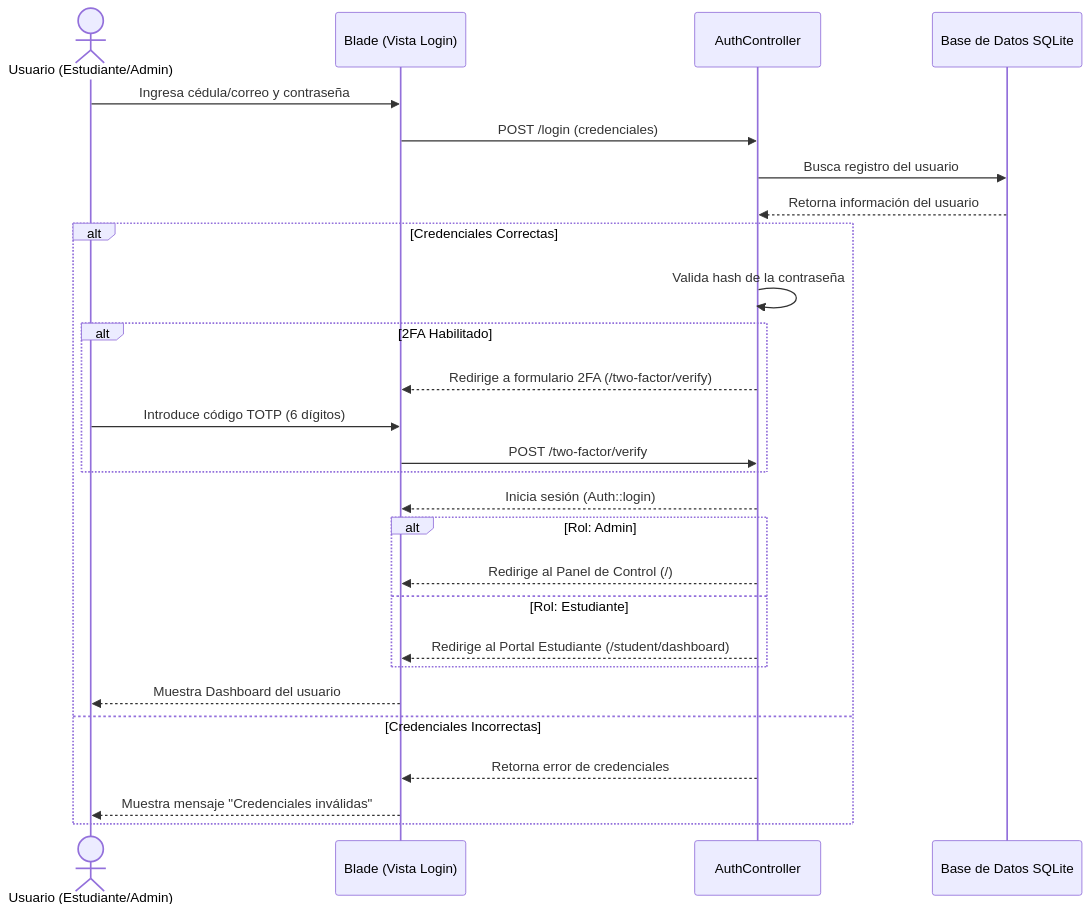
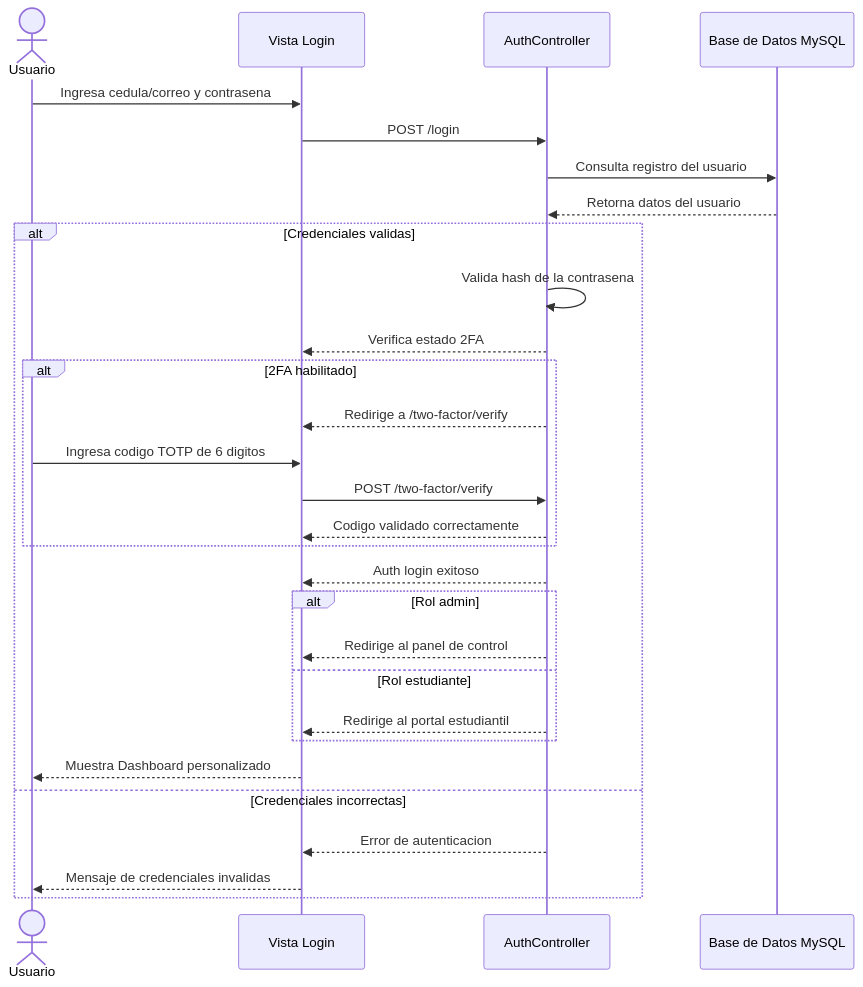
One commit to Jose-Sierra082005/sistema-militar-unefa changed the third of 7 diagrams in README.md. Above: the diagram before and after it, drawn with Mermaid. The commit also changed other lines of this file, not shown here.

Commit message:
docs: corregir diagramas Mermaid, ocultar credenciales reales y ajustar descripcion del proyecto

````diff
--- a/README.md
+++ b/README.md
@@ -133,31 +133,33 @@
 ```mermaid
 sequenceDiagram
-    actor U as Usuario (Estudiante/Admin)
-    participant B as Blade (Vista Login)
+    actor U as Usuario
+    participant B as Vista Login
     participant M as AuthController
-    participant DB as Base de Datos SQLite
+    participant DB as Base de Datos MySQL
 
-    U->>B: Ingresa cédula/correo y contraseña
-    B->>M: POST /login (credenciales)
-    M->>DB: Busca registro del usuario
-    DB-->>M: Retorna información del usuario
+    U->>B: Ingresa cedula/correo y contrasena
+    B->>M: POST /login
+    M->>DB: Consulta registro del usuario
+    DB-->>M: Retorna datos del usuario
 
-    alt Credenciales Correctas
-        M->>M: Valida hash de la contraseña
-        alt 2FA Habilitado
-            M-->>B: Redirige a formulario 2FA (/two-factor/verify)
-            U->>B: Introduce código TOTP (6 dígitos)
+    alt Credenciales validas
+        M->>M: Valida hash de la contrasena
+        M-->>B: Verifica estado 2FA
+        alt 2FA habilitado
+            M-->>B: Redirige a /two-factor/verify
+            U->>B: Ingresa codigo TOTP de 6 digitos
             B->>M: POST /two-factor/verify
+            M-->>B: Codigo validado correctamente
         end
-        M-->>B: Inicia sesión (Auth::login)
-        alt Rol: Admin
-            M-->>B: Redirige al Panel de Control (/)
-        else Rol: Estudiante
-            M-->>B: Redirige al Portal Estudiante (/student/dashboard)
+        M-->>B: Auth login exitoso
+        alt Rol admin
+            M-->>B: Redirige al panel de control
+        else Rol estudiante
+            M-->>B: Redirige al portal estudiantil
         end
-        B-->>U: Muestra Dashboard del usuario
-    else Credenciales Incorrectas
-        M-->>B: Retorna error de credenciales
-        B-->>U: Muestra mensaje "Credenciales inválidas"
+        B-->>U: Muestra Dashboard personalizado
+    else Credenciales incorrectas
+        M-->>B: Error de autenticacion
+        B-->>U: Mensaje de credenciales invalidas
     end
 ```
````
